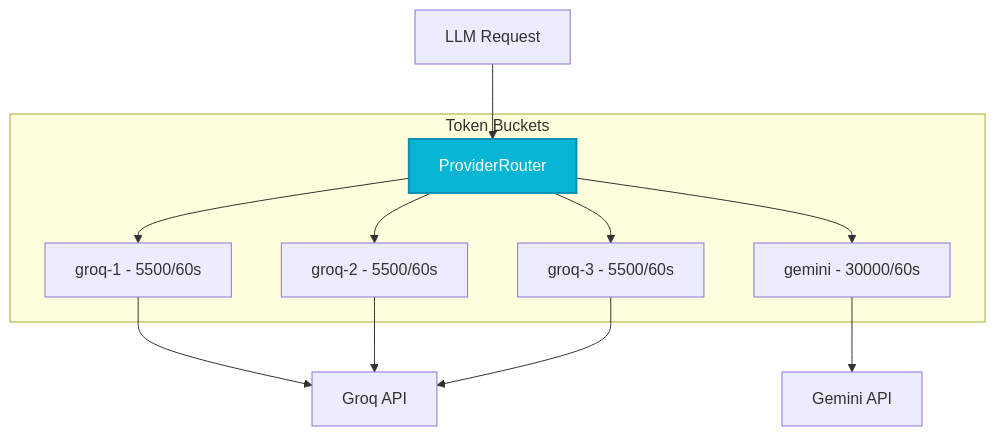
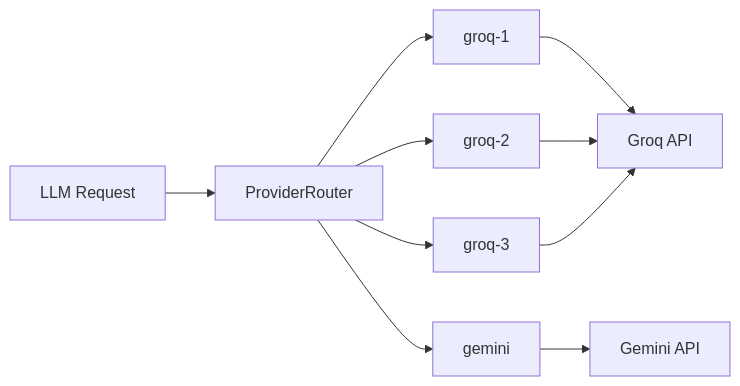
Before and after one commit to samm329-ui/Trimora_v2: diagram 14 of 16 in README.md, drawn with Mermaid. The commit also changed other lines of this file, not shown here.

Commit message:
docs: update README with Deterministic Story Composer documentation and Mermaid diagrams

````diff
--- a/README.md
+++ b/README.md
@@ -1406,18 +1139,12 @@
 ```mermaid
-flowchart TB
+flowchart LR
     REQ["LLM Request"] --> ROUTER["ProviderRouter"]
-
-    subgraph Buckets["Token Buckets"]
-        ROUTER --> B1["groq-1 - 5500/60s"]
-        ROUTER --> B2["groq-2 - 5500/60s"]
-        ROUTER --> B3["groq-3 - 5500/60s"]
-        ROUTER --> B4["gemini - 30000/60s"]
-    end
-
+    ROUTER --> B1["groq-1"]
+    ROUTER --> B2["groq-2"]
+    ROUTER --> B3["groq-3"]
+    ROUTER --> B4["gemini"]
     B1 --> G1["Groq API"]
     B2 --> G1
     B3 --> G1
     B4 --> G2["Gemini API"]
-
-    style ROUTER fill:#06b6d4,color:#fff,stroke:#0891b2,stroke-width:2px
 ```
````
